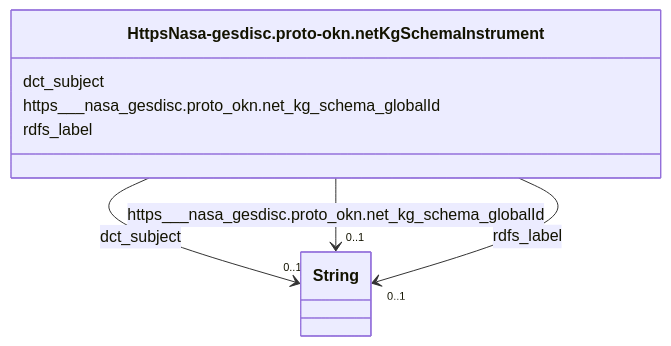
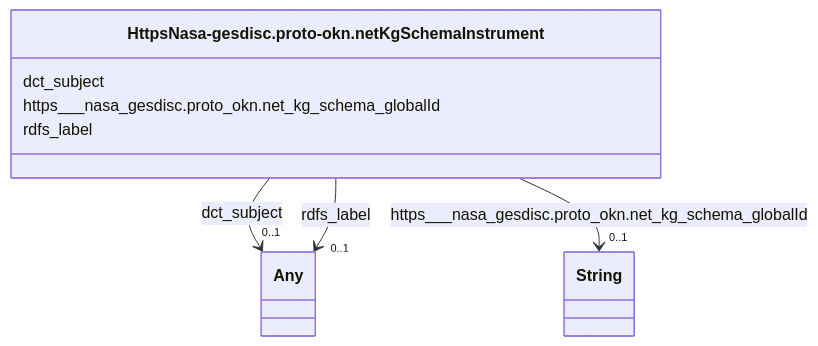
One commit to frink-okn/graph-descriptions changed the diagram in nasa-gesdisc/classes/HttpsNasa-gesdisc.proto-okn.netKgSchemaInstrument.md. Above: the diagram before and after it, drawn with Mermaid. The commit also changed other lines of this file and 97 other files, not shown here.

Commit message:
Updated documentation for nasa-gesdisc

````diff
--- a/nasa-gesdisc/classes/HttpsNasa-gesdisc.proto-okn.netKgSchemaInstrument.md
+++ b/nasa-gesdisc/classes/HttpsNasa-gesdisc.proto-okn.netKgSchemaInstrument.md
@@ -23,33 +18,33 @@
 ```mermaid
  classDiagram
     class HttpsNasa-gesdisc.proto-okn.netKgSchemaInstrument
     click HttpsNasa-gesdisc.proto-okn.netKgSchemaInstrument href "../HttpsNasa-gesdisc.proto-okn.netKgSchemaInstrument"
       HttpsNasa-gesdisc.proto-okn.netKgSchemaInstrument : dct_subject
         
           
     
     
-    HttpsNasa-gesdisc.proto-okn.netKgSchemaInstrument --> "0..1" String : dct_subject
-    click String href "../String"
+    HttpsNasa-gesdisc.proto-okn.netKgSchemaInstrument --> "0..1" Any : dct_subject
+    click Any href "../Any"
 
         
       HttpsNasa-gesdisc.proto-okn.netKgSchemaInstrument : https___nasa_gesdisc.proto_okn.net_kg_schema_globalId
         
           
     
     
     HttpsNasa-gesdisc.proto-okn.netKgSchemaInstrument --> "0..1" String : https___nasa_gesdisc.proto_okn.net_kg_schema_globalId
     click String href "../String"
 
         
       HttpsNasa-gesdisc.proto-okn.netKgSchemaInstrument : rdfs_label
         
           
     
     
-    HttpsNasa-gesdisc.proto-okn.netKgSchemaInstrument --> "0..1" String : rdfs_label
-    click String href "../String"
+    HttpsNasa-gesdisc.proto-okn.netKgSchemaInstrument --> "0..1" Any : rdfs_label
+    click Any href "../Any"
 
         
       
 ```
````
